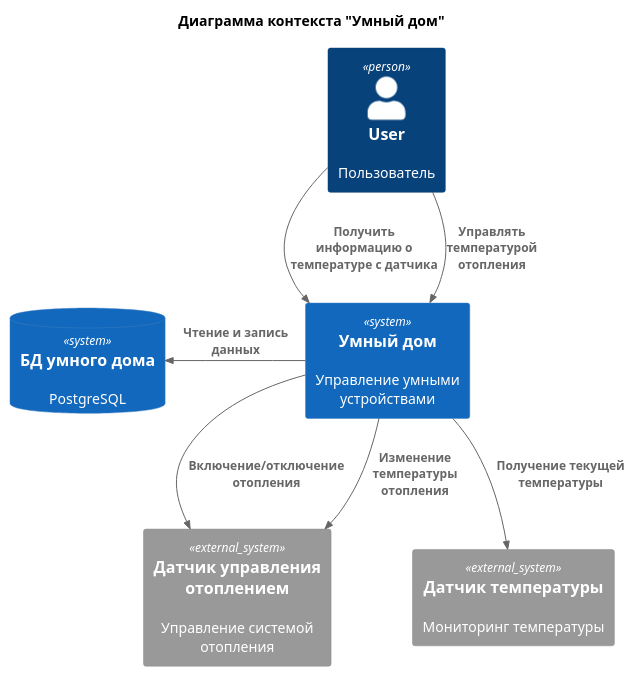
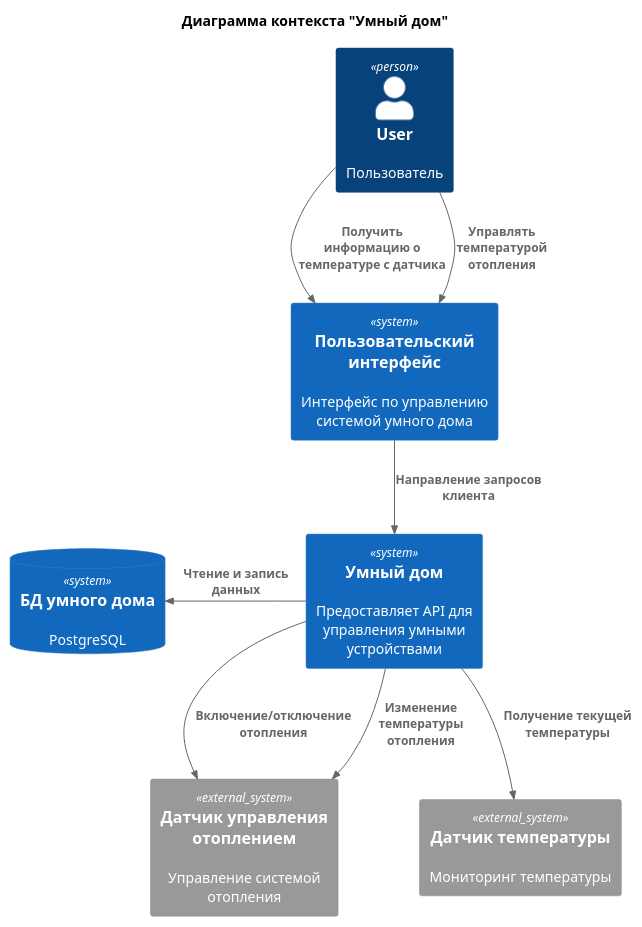
Before and after one commit to indertan/architecture-sprint-3: the diagram in diagrams/asis/context/Context.puml, drawn with PlantUML. The commit also changed 21 other files, not shown here.

```diff
--- a/diagrams/asis/context/Context.puml
+++ b/diagrams/asis/context/Context.puml
@@ -1,23 +1,26 @@
 @startuml
 title Диаграмма контекста "Умный дом"
 
-!include <C4/C4_Context.puml>
+!include https://raw.githubusercontent.com/plantuml-stdlib/C4-PlantUML/release/v2.5.0/C4_Context.puml
 
-Person(user, "User", "Пользователь")
+Person(User, "User", "Пользователь")
 
-System(SmartHome, "Умный дом", "Управление умными устройствами")
+System(FrontEnd, "Пользовательский интерфейс", "Интерфейс по управлению системой умного дома")
+System(SmartHome, "Умный дом", "Предоставляет API для управления умными устройствами")
 
 SystemDb(SmartHomeDb, "БД умного дома", "PostgreSQL")
 
-System_Ext(heatingSystem, "Датчик управления отоплением", "Управление системой отопления")
-System_Ext(temperatureSensor, "Датчик температуры", "Мониторинг температуры")
+System_Ext(HeatingSystem, "Датчик управления отоплением", "Управление системой отопления")
+System_Ext(TemperatureSensor, "Датчик температуры", "Мониторинг температуры")
 
-Rel(user, SmartHome, "Получить информацию о температуре с датчика")
-Rel(user, SmartHome, "Управлять температурой отопления")
+Rel(User, FrontEnd, "Получить информацию о температуре с датчика")
+Rel(User, FrontEnd, "Управлять температурой отопления")
+
+Rel(FrontEnd, SmartHome, "Направление запросов клиента")
 
 Rel_L(SmartHome, SmartHomeDb, "Чтение и запись данных")
 
-Rel(SmartHome, temperatureSensor, "Получение текущей температуры")
-Rel(SmartHome, heatingSystem, "Включение/отключение отопления")
-Rel(SmartHome, heatingSystem, "Изменение температуры отопления")
+Rel(SmartHome, TemperatureSensor, "Получение текущей температуры")
+Rel(SmartHome, HeatingSystem, "Включение/отключение отопления")
+Rel(SmartHome, HeatingSystem, "Изменение температуры отопления")
 @enduml
```
